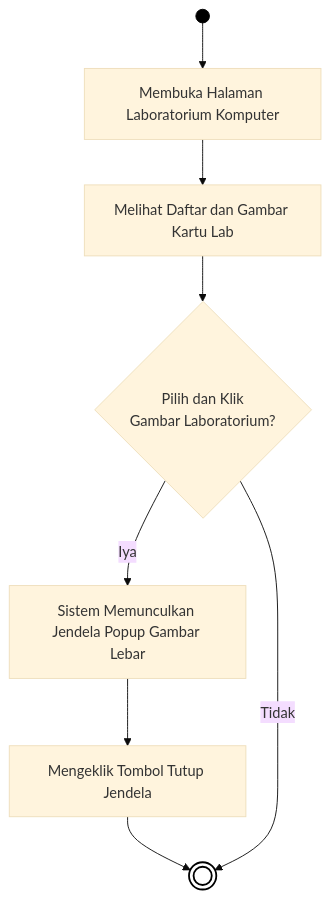
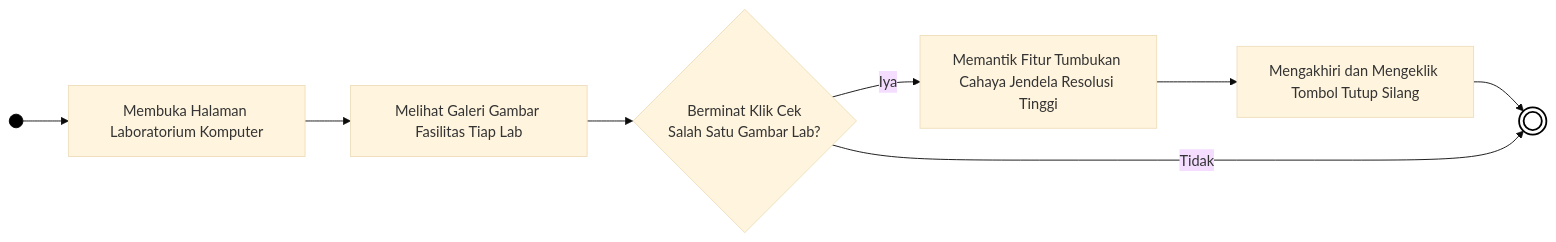
Before and after one commit to arbain-dev/Web_fikom: the tenth of 12 diagrams in docs/01B_DIAGRAM_AKTIVITAS_PUBLIK.md, drawn with Mermaid (base theme). The commit also changed other lines of this file, not shown here.

Commit message:
docs: merombak seluruh orientasi diagram aktivitas menjadi horizontal (LR) serta fan-out agar mengular ke samping alih-alih memanjang tajam ke bawah

````diff
--- a/docs/01B_DIAGRAM_AKTIVITAS_PUBLIK.md
+++ b/docs/01B_DIAGRAM_AKTIVITAS_PUBLIK.md
@@ -286,16 +258,16 @@
 ```mermaid
-flowchart TD
+flowchart LR
     Start(( )) --> A[Membuka Halaman Laboratorium Komputer]
     
-    A --> B[Melihat Daftar dan Gambar Kartu Lab]
-    B --> C{Pilih dan Klik\nGambar Laboratorium?}
+    A --> B[Melihat Galeri Gambar Fasilitas Tiap Lab]
+    B --> C{Berminat Klik Cek\nSalah Satu Gambar Lab?}
     
-    C -- Iya --> D[Sistem Memunculkan Jendela Popup Gambar Lebar]
-    D --> E[Mengeklik Tombol Tutup Jendela]
+    C -- Iya --> D[Memantik Fitur Tumbukan Cahaya Jendela Resolusi Tinggi]
+    D --> E[Mengakhiri dan Mengeklik Tombol Tutup Silang]
     E --> End((( )))
     
     C -- Tidak --> End
     
     style Start fill:#000,stroke:#000,color:#000
     style End fill:#fff,stroke:#000,stroke-width:2px
 ```
````
